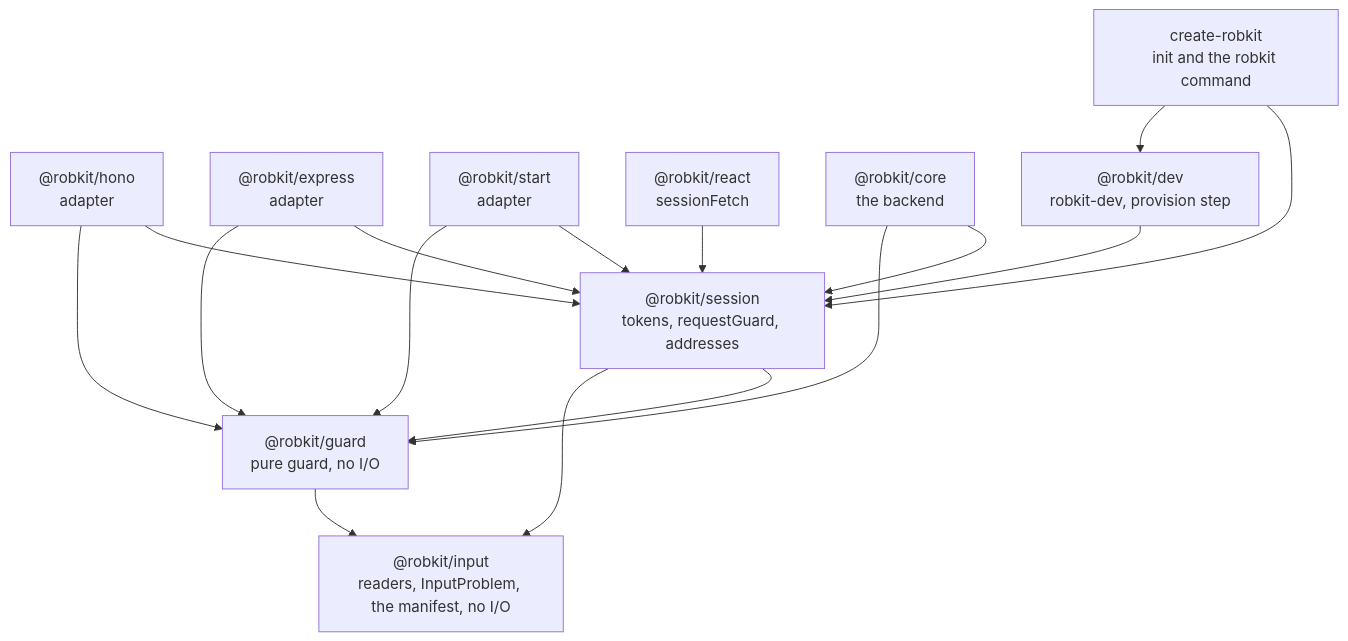
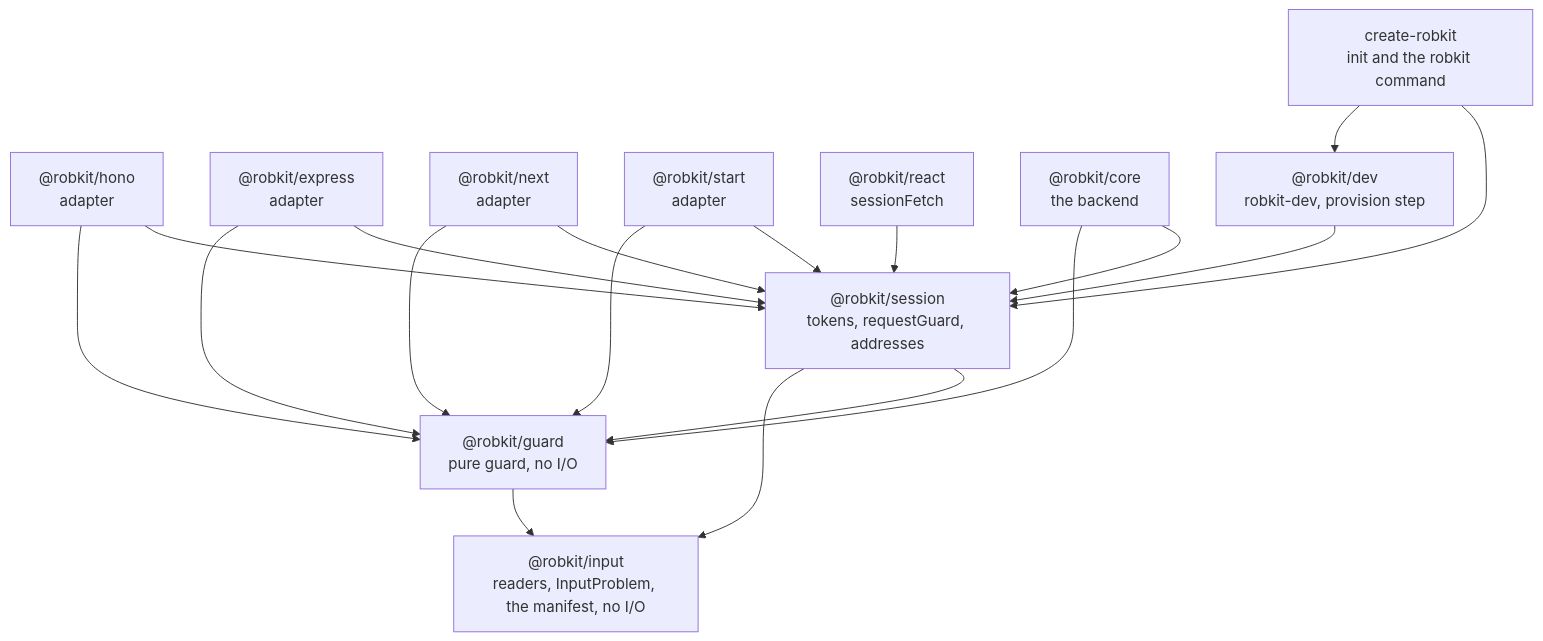
Before and after one commit to RobertScholey98/robkit: the fourth of 5 diagrams in docs/architecture.md, drawn with Mermaid. The commit also changed other lines of this file and 5 other files, not shown here.

Commit message:
Name the Next.js stack and adapter in the docs

````diff
--- a/docs/architecture.md
+++ b/docs/architecture.md
@@ -120,29 +120,32 @@
 ```mermaid
 flowchart TD
   input["@robkit/input<br/>readers, InputProblem, the manifest, no I/O"]
   guard["@robkit/guard<br/>pure guard, no I/O"]
   session["@robkit/session<br/>tokens, requestGuard, addresses"]
   hono["@robkit/hono<br/>adapter"]
   express["@robkit/express<br/>adapter"]
+  next["@robkit/next<br/>adapter"]
   start["@robkit/start<br/>adapter"]
   react["@robkit/react<br/>sessionFetch"]
   core["@robkit/core<br/>the backend"]
   dev["@robkit/dev<br/>robkit-dev, provision step"]
   create["create-robkit<br/>init and the robkit command"]
 
   guard --> input
   session --> guard
   session --> input
   hono --> session
   hono --> guard
   express --> session
   express --> guard
+  next --> session
+  next --> guard
   start --> session
   start --> guard
   react --> session
   core --> session
   core --> guard
   dev --> session
   create --> session
   create --> dev
 ```
````
